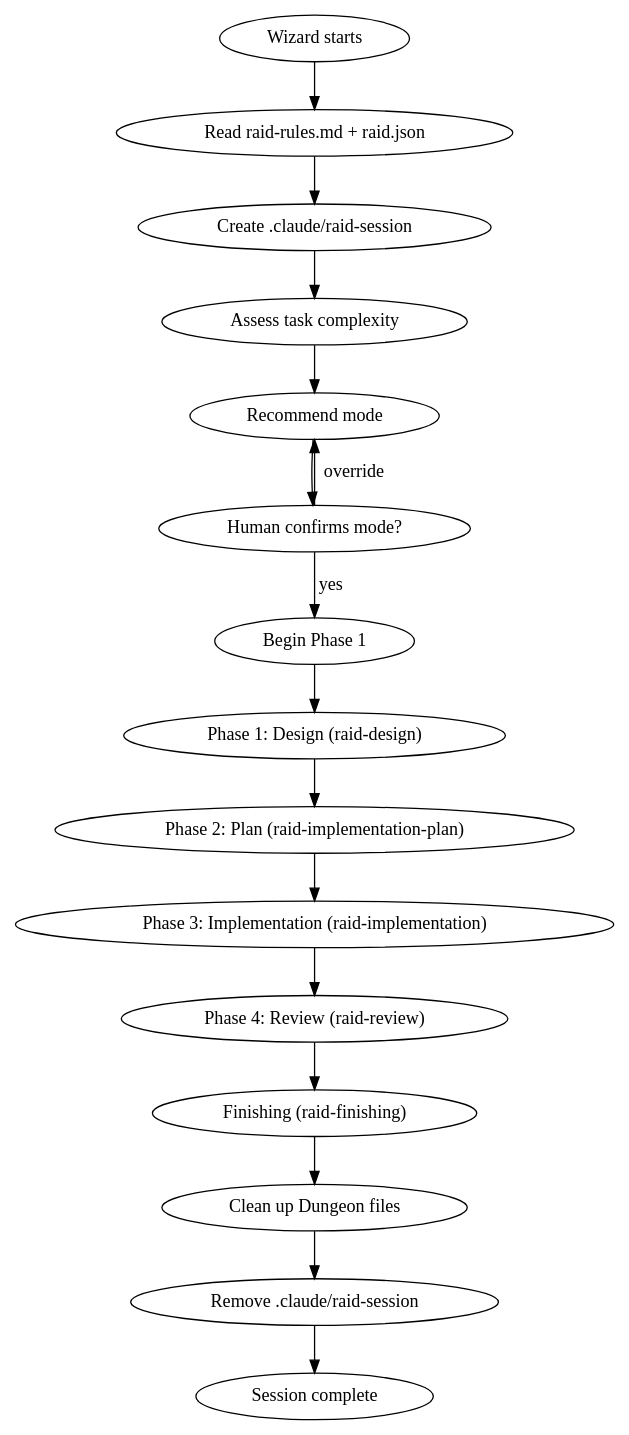
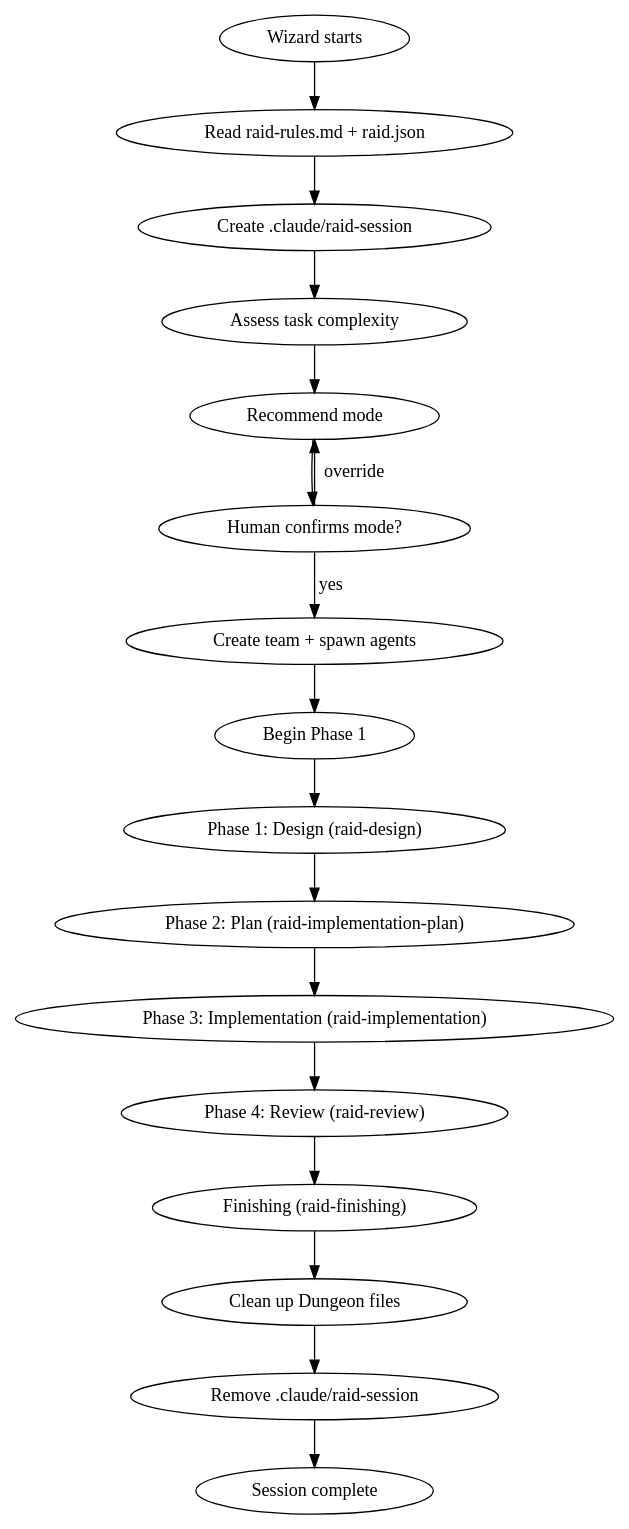
One commit to pedropicardi/claude-raid changed the first of 2 diagrams in template/.claude/skills/raid-protocol/SKILL.md. Above: the diagram before and after it, drawn with Graphviz. The commit also changed other lines of this file, not shown here.

First line of the commit message:
feat(skills): update raid-protocol for TeamCreate orchestration

````diff
--- a/template/.claude/skills/raid-protocol/SKILL.md
+++ b/template/.claude/skills/raid-protocol/SKILL.md
@@ -16,19 +16,20 @@
 ```dot
 digraph session {
   "Wizard starts" -> "Read raid-rules.md + raid.json";
   "Read raid-rules.md + raid.json" -> "Create .claude/raid-session";
   "Create .claude/raid-session" -> "Assess task complexity";
   "Assess task complexity" -> "Recommend mode";
   "Recommend mode" -> "Human confirms mode?";
-  "Human confirms mode?" -> "Begin Phase 1" [label="yes"];
+  "Human confirms mode?" -> "Create team + spawn agents" [label="yes"];
+  "Create team + spawn agents" -> "Begin Phase 1";
   "Human confirms mode?" -> "Recommend mode" [label="override"];
   "Begin Phase 1" -> "Phase 1: Design (raid-design)";
   "Phase 1: Design (raid-design)" -> "Phase 2: Plan (raid-implementation-plan)";
   "Phase 2: Plan (raid-implementation-plan)" -> "Phase 3: Implementation (raid-implementation)";
   "Phase 3: Implementation (raid-implementation)" -> "Phase 4: Review (raid-review)";
   "Phase 4: Review (raid-review)" -> "Finishing (raid-finishing)";
   "Finishing (raid-finishing)" -> "Clean up Dungeon files";
   "Clean up Dungeon files" -> "Remove .claude/raid-session";
   "Remove .claude/raid-session" -> "Session complete" [shape=doublecircle];
 }
 ```
````
